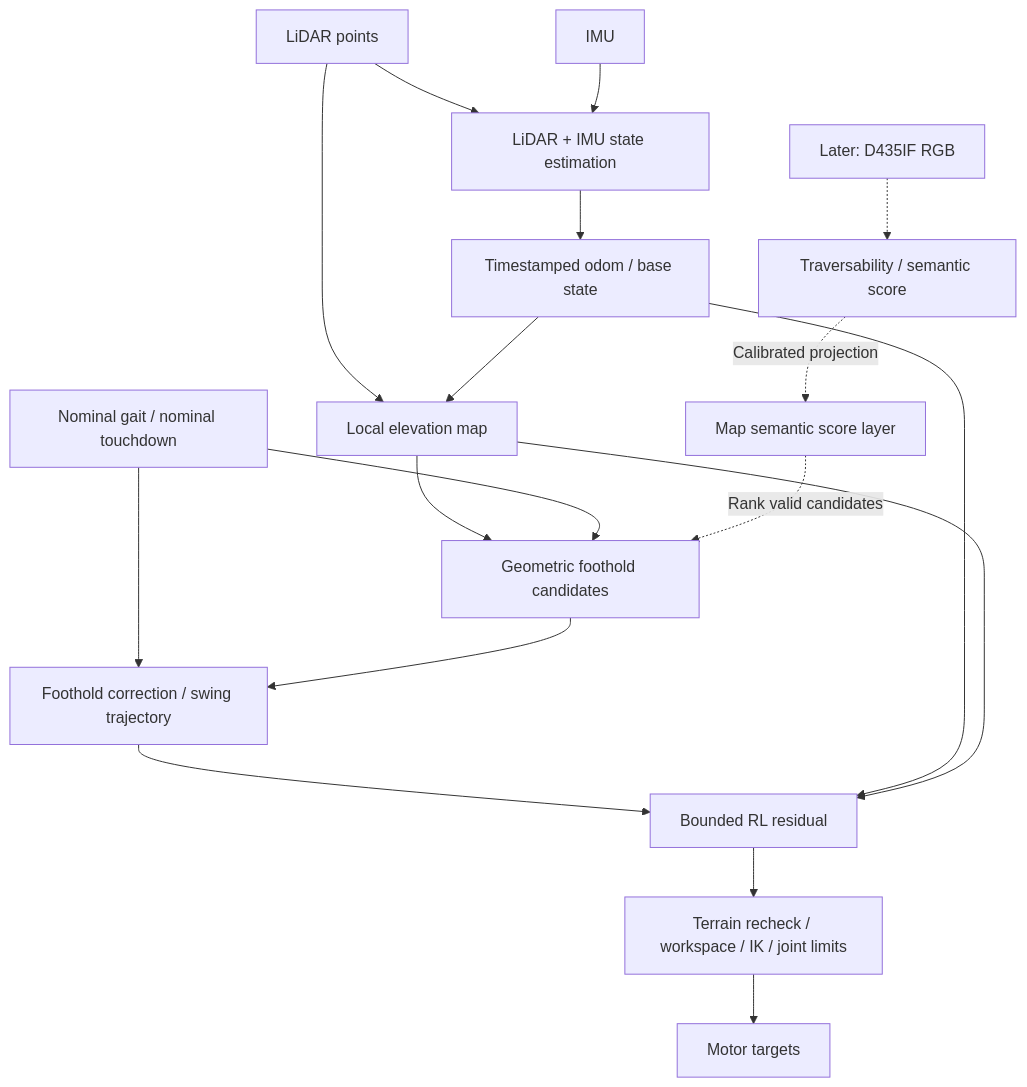
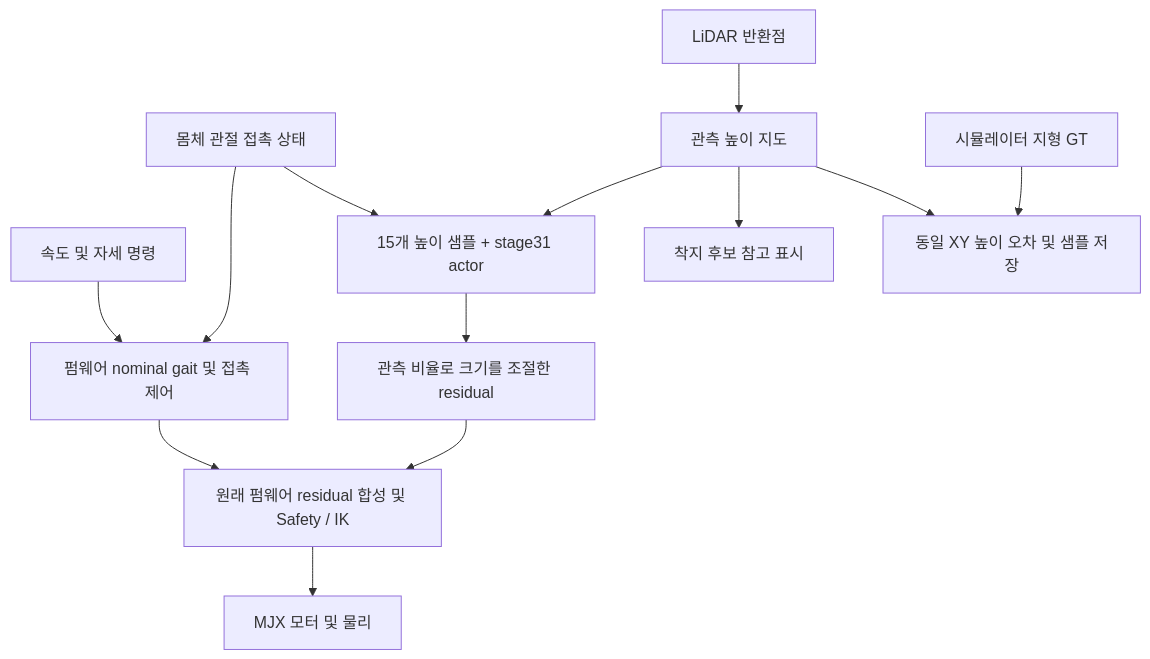
One commit to twwawy/Hexapod-Robot changed the diagram in docs/HEXAPOD_LIDAR_FOOTHOLD_RESIDUAL_PLAN.md. Above: the diagram before and after it, drawn with Mermaid. The commit also changed other lines of this file and 82 other files, not shown here.

````diff
--- a/docs/HEXAPOD_LIDAR_FOOTHOLD_RESIDUAL_PLAN.md
+++ b/docs/HEXAPOD_LIDAR_FOOTHOLD_RESIDUAL_PLAN.md
@@ -21,20 +9,15 @@
 ```mermaid
 flowchart TD
-    L[LiDAR points] --> E[LiDAR + IMU state estimation]
-    I[IMU] --> E
-    E --> B[Timestamped odom / base state]
-    L --> M[Local elevation map]
-    B --> M
-    M --> C[Geometric foothold candidates]
-    N[Nominal gait / nominal touchdown] --> C
-    N --> F[Foothold correction / swing trajectory]
-    C --> F
-    F --> R[Bounded RL residual]
-    B --> R
-    M --> R
-    R --> S[Terrain recheck / workspace / IK / joint limits]
-    S --> O[Motor targets]
-    RGB[Later: D435IF RGB] -.-> T[Traversability / semantic score]
-    T -. Calibrated projection .-> Q[Map semantic score layer]
-    Q -. Rank valid candidates .-> C
+    C[속도 및 자세 명령] --> N[펌웨어 nominal gait 및 접촉 제어]
+    P[몸체 관절 접촉 상태] --> N
+    L[LiDAR 반환점] --> M[관측 높이 지도]
+    M --> A[15개 높이 샘플 + stage31 actor]
+    P --> A
+    A --> R[관측 비율로 크기를 조절한 residual]
+    N --> S[원래 펌웨어 residual 합성 및 Safety / IK]
+    R --> S
+    S --> O[MJX 모터 및 물리]
+    M --> F[착지 후보 참고 표시]
+    M --> D[동일 XY 높이 오차 및 샘플 저장]
+    GT[시뮬레이터 지형 GT] --> D
 ```
````
